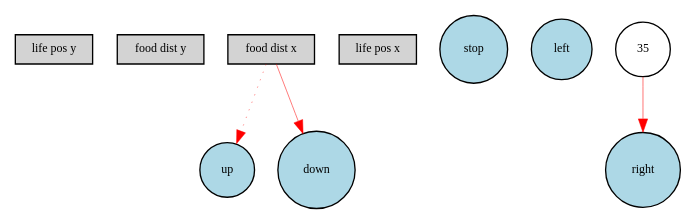
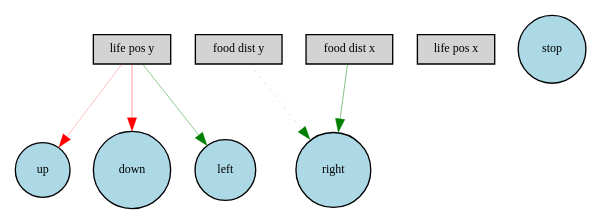
One commit to Elphiie/NEAT-practice changed the diagram in Digraph.gv. Above: the diagram before and after it, drawn with Graphviz. The commit also changed 14 other files, not shown here.

```diff
--- a/Digraph.gv
+++ b/Digraph.gv
@@ -1,16 +1,17 @@
 digraph {
 	node [fontsize=9 height=0.3 shape=circle width=0.3]
 	"life pos y" [fillcolor=lightgray shape=box style=filled]
 	"food dist y" [fillcolor=lightgray shape=box style=filled]
 	"food dist x" [fillcolor=lightgray shape=box style=filled]
 	"life pos x" [fillcolor=lightgray shape=box style=filled]
 	stop [fillcolor=lightblue style=filled]
 	up [fillcolor=lightblue style=filled]
 	down [fillcolor=lightblue style=filled]
 	left [fillcolor=lightblue style=filled]
 	right [fillcolor=lightblue style=filled]
-	35 [fillcolor=white style=filled]
-	"food dist x" -> up [color=red penwidth=0.330159440442682 style=dotted]
-	35 -> right [color=red penwidth=0.4138499317315609 style=solid]
-	"food dist x" -> down [color=red penwidth=0.38797875694848627 style=solid]
+	"food dist y" -> right [color=green penwidth=0.2187555096392042 style=dotted]
+	"food dist x" -> right [color=green penwidth=0.35755143010553414 style=solid]
+	"life pos y" -> left [color=green penwidth=0.33326390943945583 style=solid]
+	"life pos y" -> up [color=red penwidth=0.19089045852697756 style=solid]
+	"life pos y" -> down [color=red penwidth=0.2941754253105987 style=solid]
 }
```
